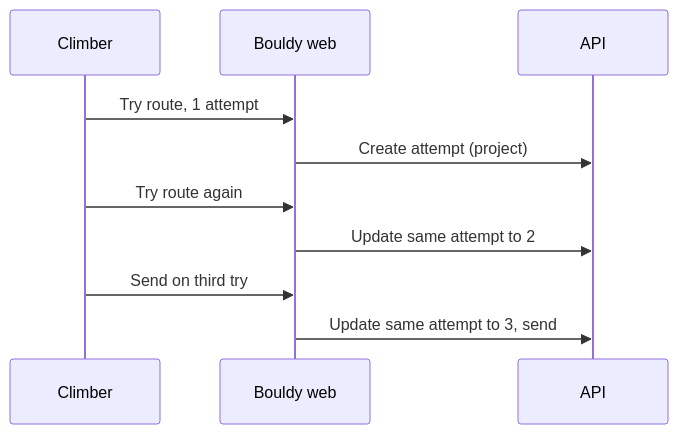
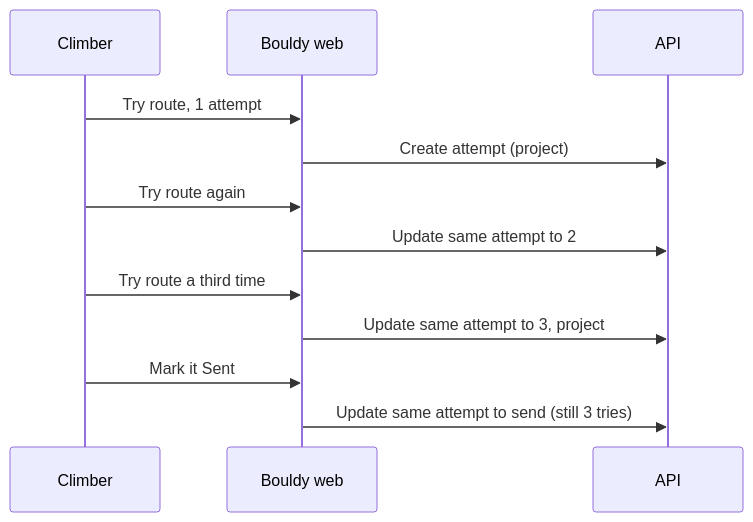
One commit to AmeerulH/bouldy changed the fourth of 4 diagrams in MASTER_SPEC.md. Above: the diagram before and after it, drawn with Mermaid. The commit also changed other lines of this file and 5 other files, not shown here.

Commit message:
docs: establish Bouldy product and architecture specs

````diff
--- a/MASTER_SPEC.md
+++ b/MASTER_SPEC.md
@@ -244,12 +255,14 @@
 ```mermaid
 sequenceDiagram
   participant C as Climber
   participant W as Bouldy web
   participant A as API
   C->>W: Try route, 1 attempt
   W->>A: Create attempt (project)
   C->>W: Try route again
   W->>A: Update same attempt to 2
-  C->>W: Send on third try
-  W->>A: Update same attempt to 3, send
+  C->>W: Try route a third time
+  W->>A: Update same attempt to 3, project
+  C->>W: Mark it Sent
+  W->>A: Update same attempt to send (still 3 tries)
 ```
````
